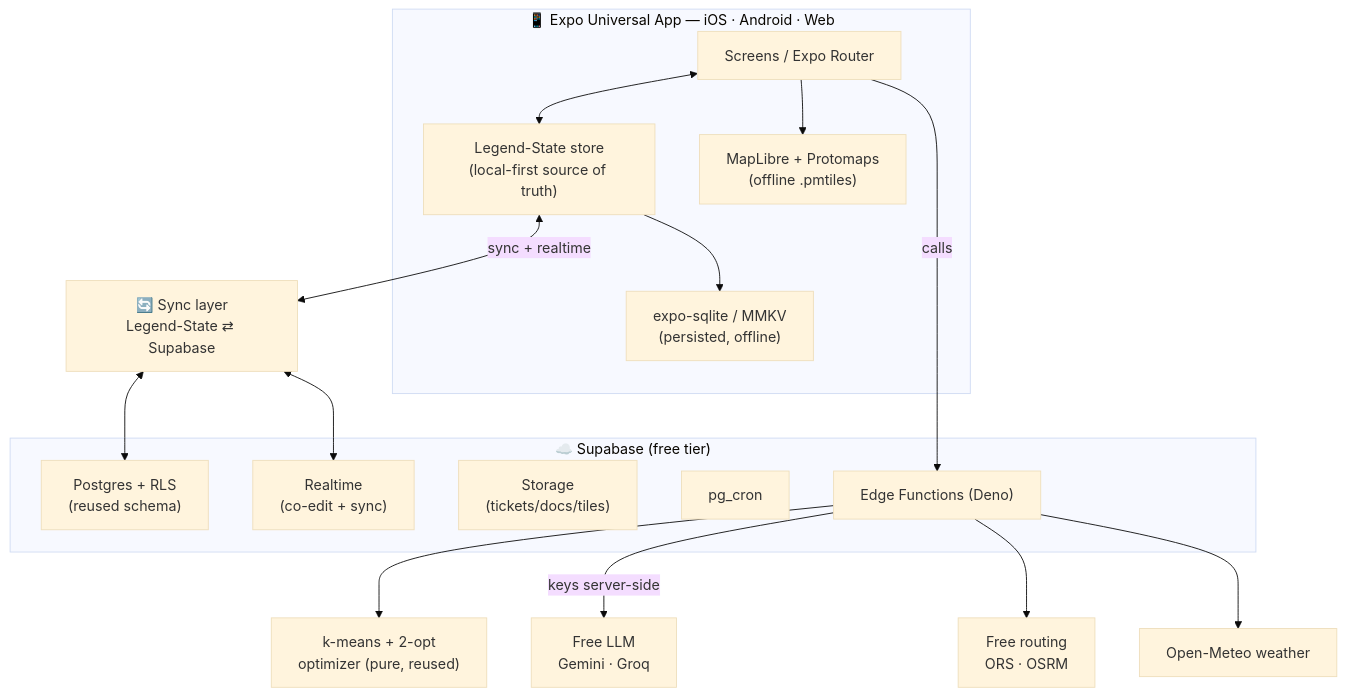
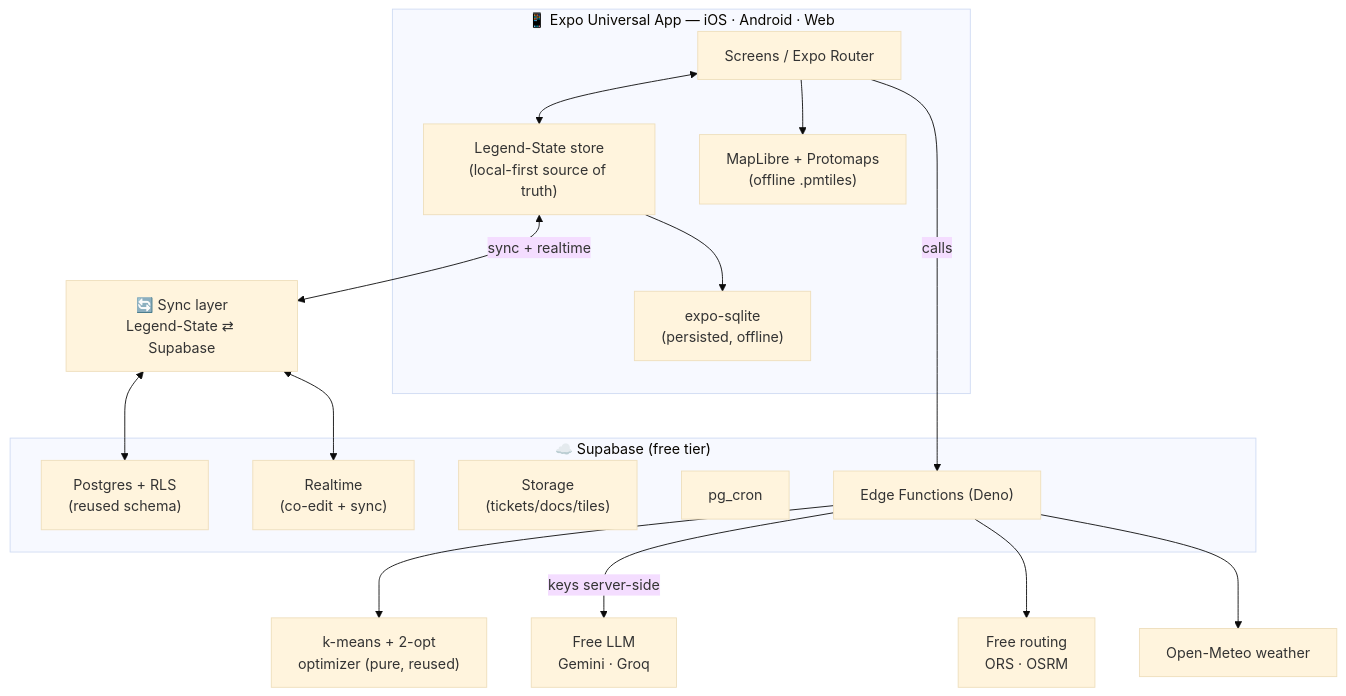
One commit to HuseyinEmreAksoy/tripvisor changed the first of 2 diagrams in docs/v2/architecture.md. Above: the diagram before and after it, drawn with Mermaid (base theme). The commit also changed other lines of this file and 8 other files, not shown here.

First line of the commit message:
docs(v2): Fable panel revision — resequenced plan v2.1 + UX principles

````diff
--- a/docs/v2/architecture.md
+++ b/docs/v2/architecture.md
@@ -49,30 +49,30 @@
 ```mermaid
 graph TD
   subgraph Client["📱 Expo Universal App — iOS · Android · Web"]
     UI["Screens / Expo Router"]
     Store["Legend-State store<br/>(local-first source of truth)"]
-    DB["expo-sqlite / MMKV<br/>(persisted, offline)"]
+    DB["expo-sqlite<br/>(persisted, offline)"]
     Tiles["MapLibre + Protomaps<br/>(offline .pmtiles)"]
     UI <--> Store
     Store --> DB
     UI --> Tiles
   end
 
   Store <-->|"sync + realtime"| Sync["🔄 Sync layer<br/>Legend-State ⇄ Supabase"]
 
   subgraph SB["☁️ Supabase (free tier)"]
     PG["Postgres + RLS<br/>(reused schema)"]
     RT["Realtime<br/>(co-edit + sync)"]
     ST["Storage<br/>(tickets/docs/tiles)"]
     CRON["pg_cron"]
     EF["Edge Functions (Deno)"]
   end
 
   Sync <--> RT
   Sync <--> PG
   EF --> OPT["k-means + 2-opt<br/>optimizer (pure, reused)"]
   EF -->|"keys server-side"| LLM["Free LLM<br/>Gemini · Groq"]
   EF --> ROUTE["Free routing<br/>ORS · OSRM"]
   EF --> WX["Open-Meteo weather"]
   UI -->|"calls"| EF
 ```
````
